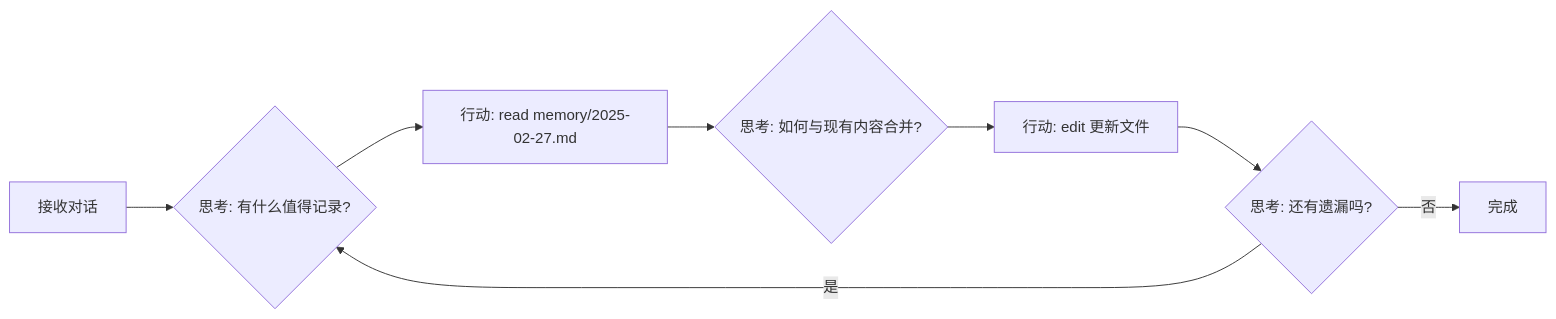
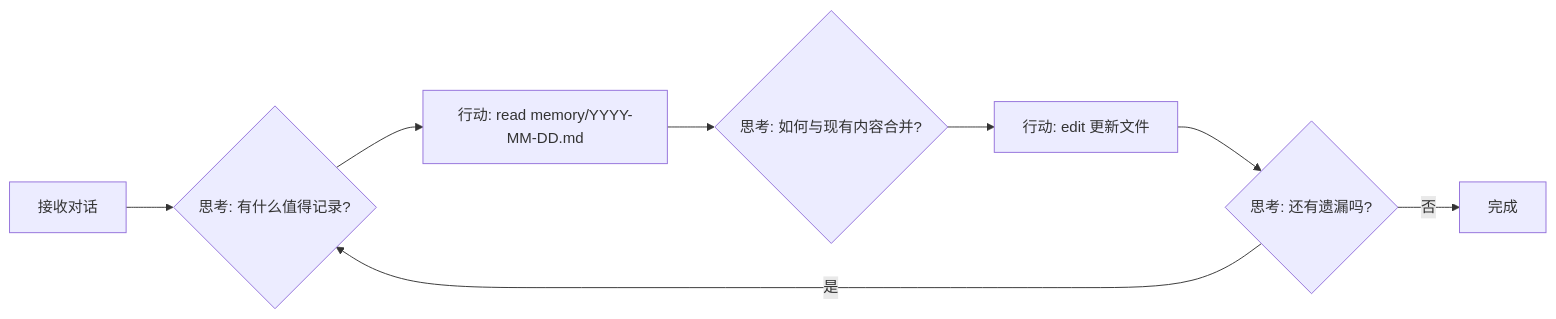
The second of 4 diagrams in README.md (agentscope-ai/ReMe), drawn with Mermaid before and after one commit. The commit also changed other lines of this file, not shown here.

````diff
--- a/README.md
+++ b/README.md
@@ -114,10 +117,10 @@
 ```mermaid
 graph LR
     A[接收对话] --> B{思考: 有什么值得记录?}
-    B --> C[行动: read memory/2025-02-27.md]
+    B --> C[行动: read memory/YYYY-MM-DD.md]
     C --> D{思考: 如何与现有内容合并?}
     D --> E[行动: edit 更新文件]
     E --> F{思考: 还有遗漏吗?}
     F -->|是| B
     F -->|否| G[完成]
 ```
````
